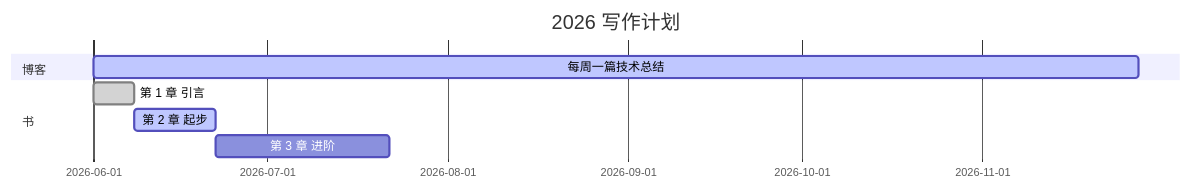
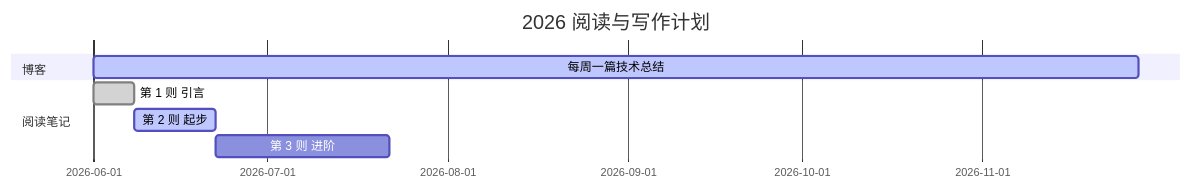
Before and after one commit to hello28256/hello28256.github.io: the diagram in _posts/2026-06-03-welcome.md, drawn with Mermaid. The commit also changed other lines of this file and 2 other files, not shown here.

Commit message:
refactor: 改口 — 写书 → 阅读笔记
用户定位已从 '写一本书' 转为 '整理阅读笔记'，统一文案：

- _tabs/about.md
  · '写代码、写工具、写书'           → '写代码、写工具、做阅读笔记'
  · '**写作**：在 [我的阅读] 整理技术沉淀'
                                   → '**阅读笔记**：在 [我的阅读] 整理技术沉淀'
- _tabs/projects.md
  · '## 📚 写作类'                  → '## 📚 阅读类'
  · '用 MkDocs Material 写的一本书'  → '用 MkDocs Material 整理的阅读笔记'
- _posts/welcome.md
  · '## 写作计划' / gantt title      → '## 阅读与写作计划'
  · 'section 书' / '第 N 章 ...'     → 'section 阅读笔记' / '第 N 则 ...'

无 '写书' 残留。htmlproofer 本地复跑通过。

````diff
--- a/_posts/2026-06-03-welcome.md
+++ b/_posts/2026-06-03-welcome.md
@@ -26,11 +26,11 @@
 ```mermaid
 gantt
-    title 2026 写作计划
+    title 2026 阅读与写作计划
     dateFormat YYYY-MM-DD
     section 博客
     每周一篇技术总结  :active, 2026-06-01, 180d
-    section 书
-    第 1 章 引言     :done, 2026-06-01, 7d
-    第 2 章 起步     :active, 2026-06-08, 14d
-    第 3 章 进阶     :2026-06-22, 30d
+    section 阅读笔记
+    第 1 则 引言     :done, 2026-06-01, 7d
+    第 2 则 起步     :active, 2026-06-08, 14d
+    第 3 则 进阶     :2026-06-22, 30d
 ```
````
